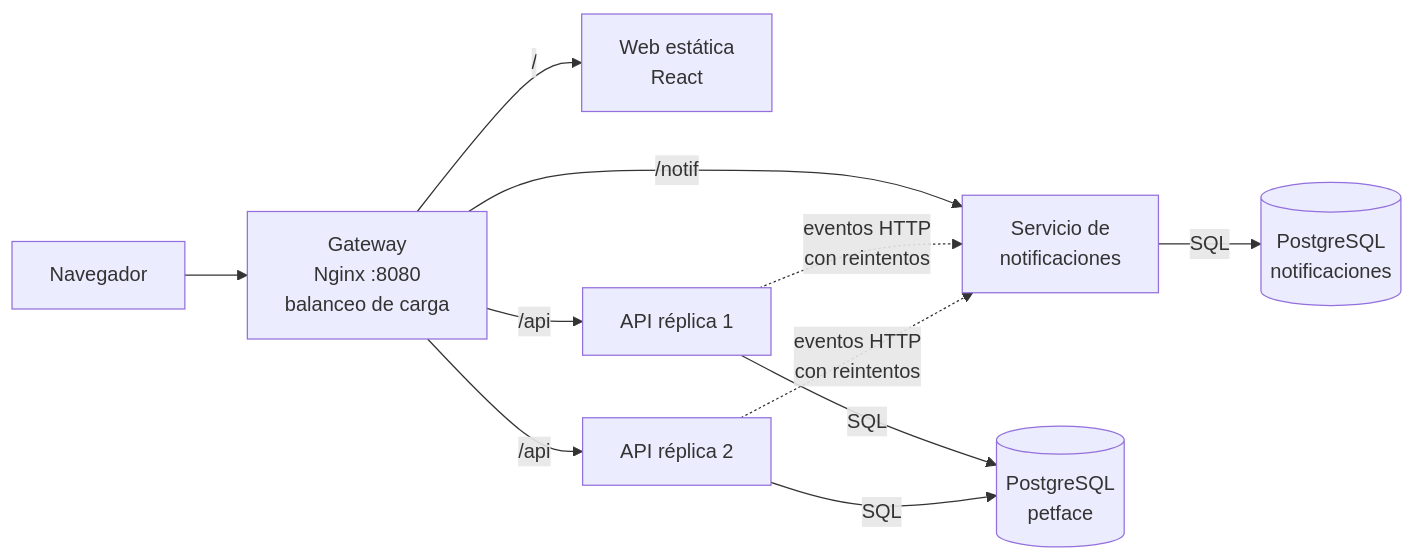
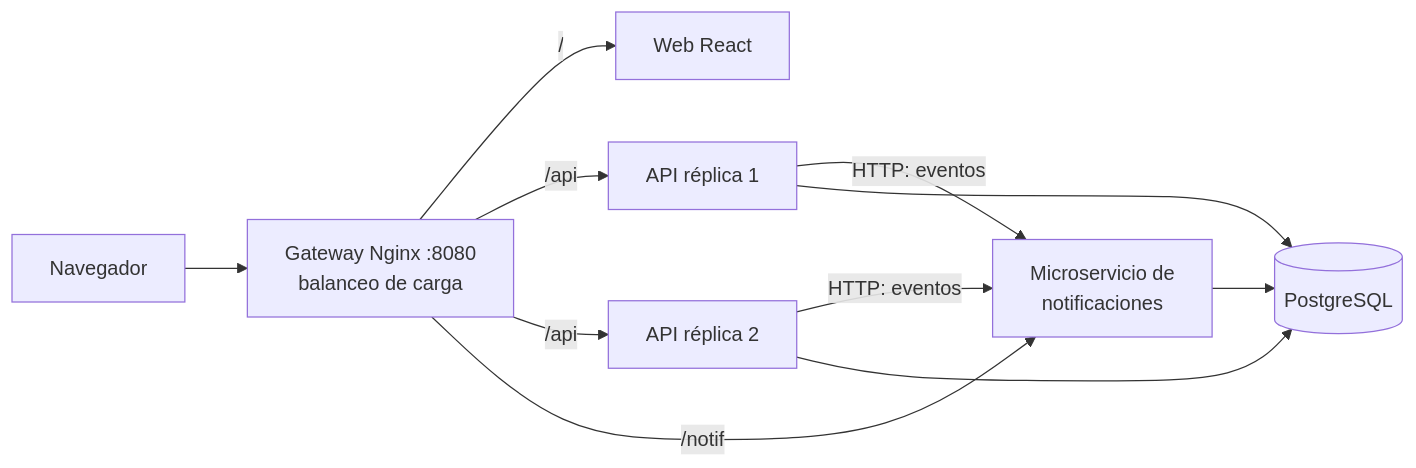
The diagram in vault/02 Arquitectura/Plan sistemas distribuidos.md (germandiaz17/petface), drawn with Mermaid before and after one commit. The commit also changed other lines of this file and 44 other files, not shown here.

First line of the commit message:
Sistema distribuido: microservicio de notificaciones, gateway y réplicas

````diff
--- a/vault/02 Arquitectura/Plan sistemas distribuidos.md
+++ b/vault/02 Arquitectura/Plan sistemas distribuidos.md
@@ -14,11 +11,11 @@
 ```mermaid
 flowchart LR
-  B[Navegador] --> G[Gateway<br/>Nginx :8080<br/>balanceo de carga]
-  G -->|/| WEB[Web estática<br/>React]
+  B[Navegador] --> G[Gateway Nginx :8080<br/>balanceo de carga]
+  G -->|/| WEB[Web React]
   G -->|/api| A1[API réplica 1]
   G -->|/api| A2[API réplica 2]
-  G -->|/notif| N[Servicio de<br/>notificaciones]
-  A1 & A2 -->|SQL| DB1[(PostgreSQL<br/>petface)]
-  A1 & A2 -.->|eventos HTTP<br/>con reintentos| N
-  N -->|SQL| DB2[(PostgreSQL<br/>notificaciones)]
+  G -->|/notif| N[Microservicio de<br/>notificaciones]
+  A1 & A2 -->|HTTP: eventos| N
+  A1 & A2 --> DB[(PostgreSQL)]
+  N --> DB
 ```
````
